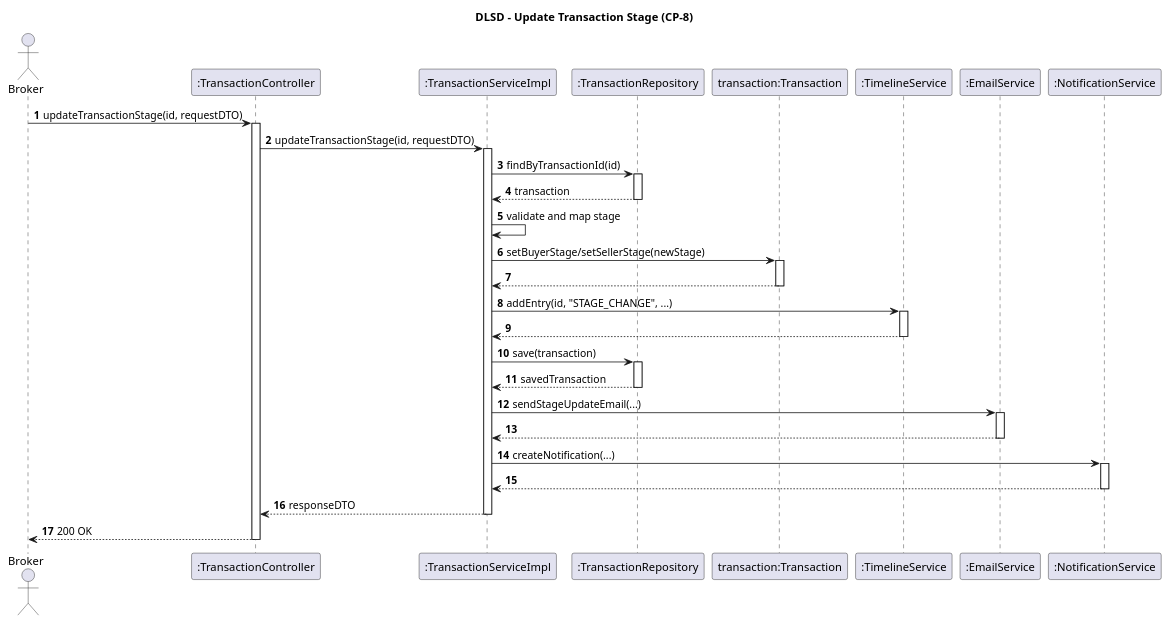
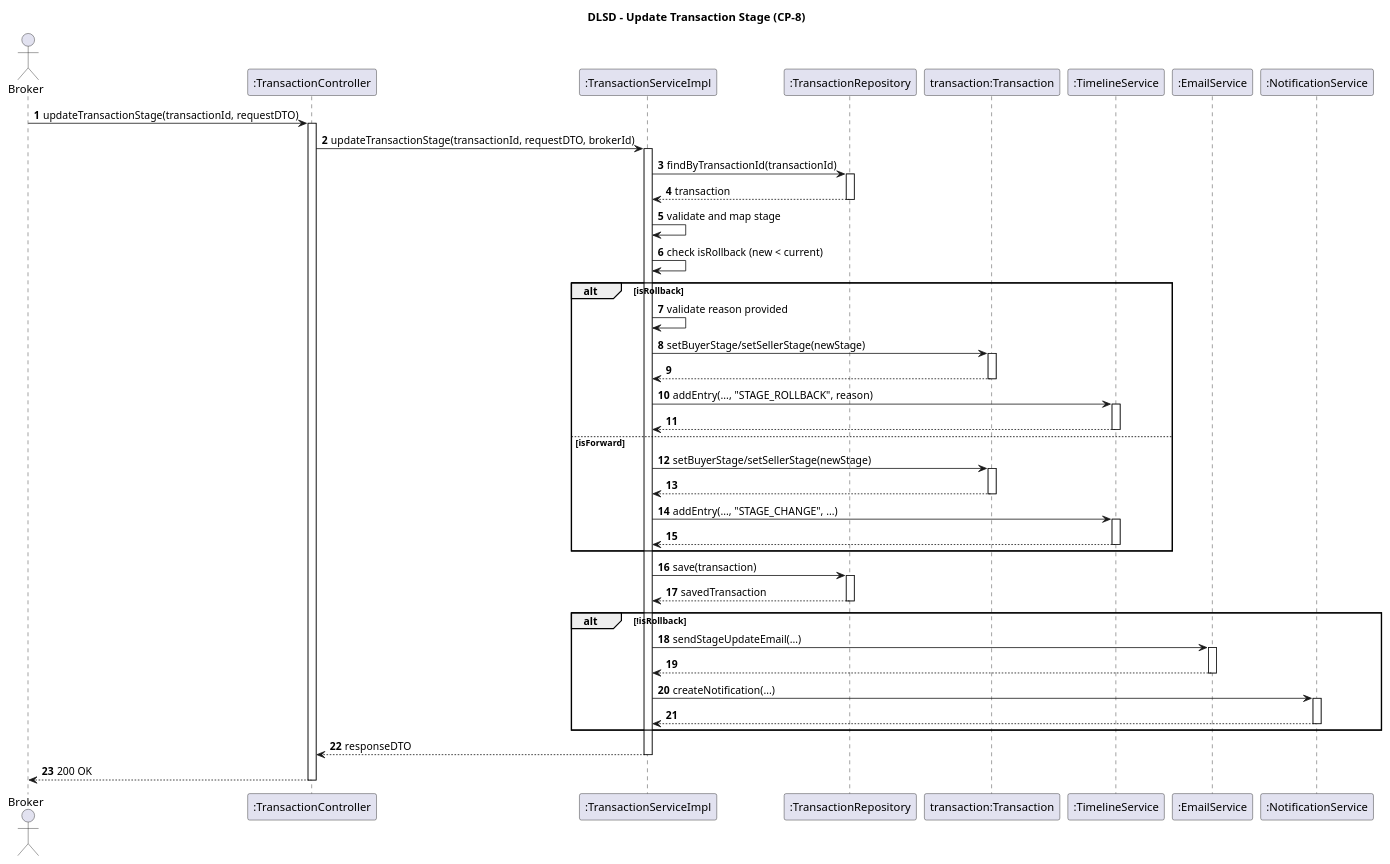
Before and after one commit to CourtierPro/CourtierPro: the diagram in docs/PersonalUseCase/Amir/DLSD_UpdateStage.puml, drawn with PlantUML. The commit also changed 16 other files, not shown here.

Commit message:
feat(cp-81): implement stage rollback logic with reason validation across backend, frontend, and docs

```diff
--- a/docs/PersonalUseCase/Amir/DLSD_UpdateStage.puml
+++ b/docs/PersonalUseCase/Amir/DLSD_UpdateStage.puml
@@ -1,58 +1,76 @@
 @startuml
 title DLSD - Update Transaction Stage (CP-8)
 autonumber
 
 actor Broker
 participant ":TransactionController" as Controller
 participant ":TransactionServiceImpl" as Service
 participant ":TransactionRepository" as Repo
 participant "transaction:Transaction" as Entity
 participant ":TimelineService" as Timeline
 participant ":EmailService" as Email
 participant ":NotificationService" as Notify
 
-Broker -> Controller: updateTransactionStage(id, requestDTO)
+Broker -> Controller: updateTransactionStage(transactionId, requestDTO)
 activate Controller
 
-Controller -> Service: updateTransactionStage(id, requestDTO)
+Controller -> Service: updateTransactionStage(transactionId, requestDTO, brokerId)
 activate Service
 
-Service -> Repo: findByTransactionId(id)
+Service -> Repo: findByTransactionId(transactionId)
 activate Repo
 Repo --> Service: transaction
 deactivate Repo
 
+
 Service -> Service: validate and map stage
+Service -> Service: check isRollback (new < current)
 
-Service -> Entity: setBuyerStage/setSellerStage(newStage)
-activate Entity
-Entity --> Service
-deactivate Entity
+alt isRollback
+    Service -> Service: validate reason provided
+    Service -> Entity: setBuyerStage/setSellerStage(newStage)
+    activate Entity
+    Entity --> Service
+    deactivate Entity
+    
+    Service -> Timeline: addEntry(..., "STAGE_ROLLBACK", reason)
+    activate Timeline
+    Timeline --> Service
+    deactivate Timeline
 
-Service -> Timeline: addEntry(id, "STAGE_CHANGE", ...)
-activate Timeline
-Timeline --> Service
-deactivate Timeline
+else isForward
+    Service -> Entity: setBuyerStage/setSellerStage(newStage)
+    activate Entity
+    Entity --> Service
+    deactivate Entity
+
+    Service -> Timeline: addEntry(..., "STAGE_CHANGE", ...)
+    activate Timeline
+    Timeline --> Service
+    deactivate Timeline
+end
 
 Service -> Repo: save(transaction)
 activate Repo
 Repo --> Service: savedTransaction
 deactivate Repo
 
-Service -> Email: sendStageUpdateEmail(...)
-activate Email
-Email --> Service
-deactivate Email
+alt !isRollback
+    Service -> Email: sendStageUpdateEmail(...)
+    activate Email
+    Email --> Service
+    deactivate Email
 
-Service -> Notify: createNotification(...)
-activate Notify
-Notify --> Service
-deactivate Notify
+    Service -> Notify: createNotification(...)
+    activate Notify
+    Notify --> Service
+    deactivate Notify
+end
 
 Service --> Controller: responseDTO
 deactivate Service
 
 Controller --> Broker: 200 OK
 deactivate Controller
 
 @enduml
```
